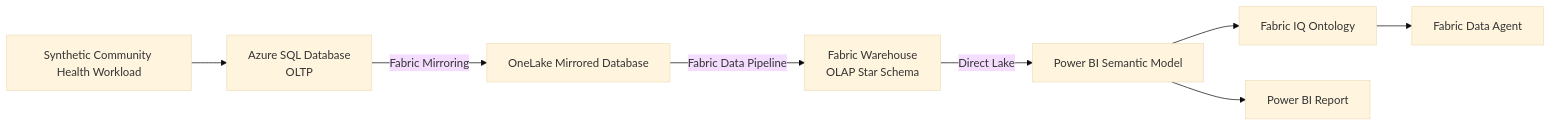
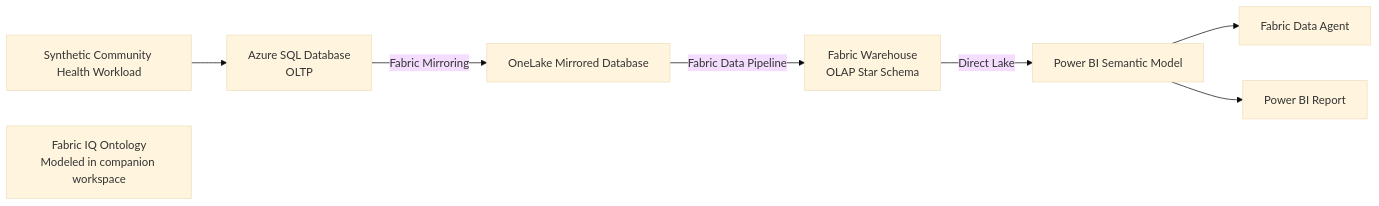
Before and after one commit to rayxfelipe/azure-sql-to-fabric-data-agent: the diagram in README.md, drawn with Mermaid (base theme). The commit also changed other lines of this file and 14 other files, not shown here.

First line of the commit message:
Add companion Fabric IQ ontology

````diff
--- a/README.md
+++ b/README.md
@@ -56,10 +56,10 @@
 ```mermaid
 flowchart LR
     A[Synthetic Community Health Workload] --> B[Azure SQL Database<br/>OLTP]
     B -->|Fabric Mirroring| C[OneLake Mirrored Database]
     C -->|Fabric Data Pipeline| D[Fabric Warehouse<br/>OLAP Star Schema]
     D -->|Direct Lake| E[Power BI Semantic Model]
-    E --> F[Fabric IQ Ontology]
-    F --> G[Fabric Data Agent]
+    E --> G[Fabric Data Agent]
+    F[Fabric IQ Ontology<br/>Modeled in companion workspace]
     E --> H[Power BI Report]
 ```
````
